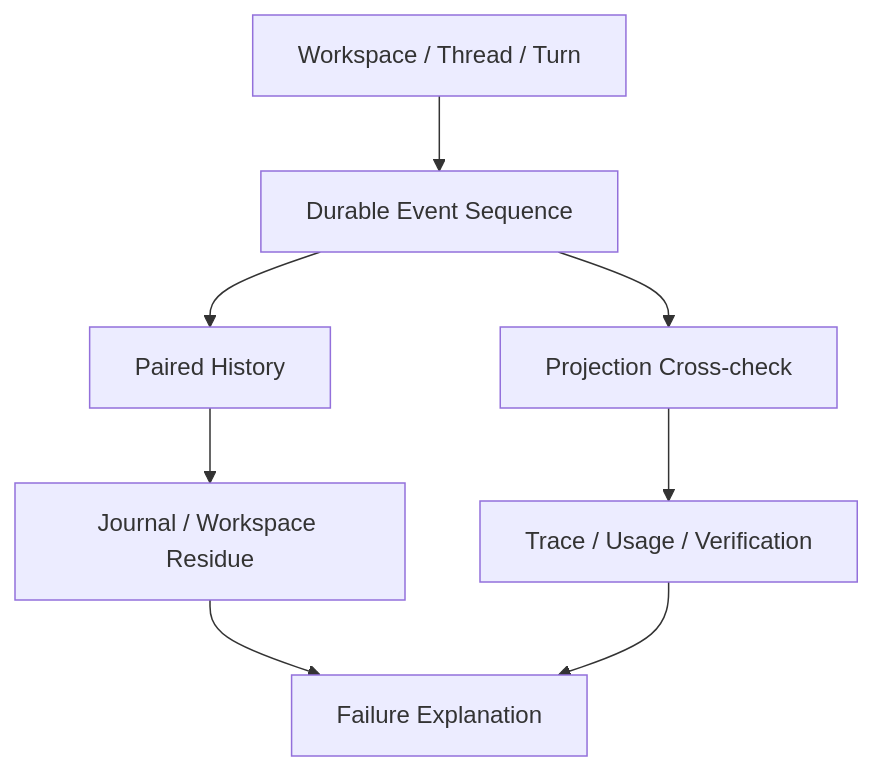
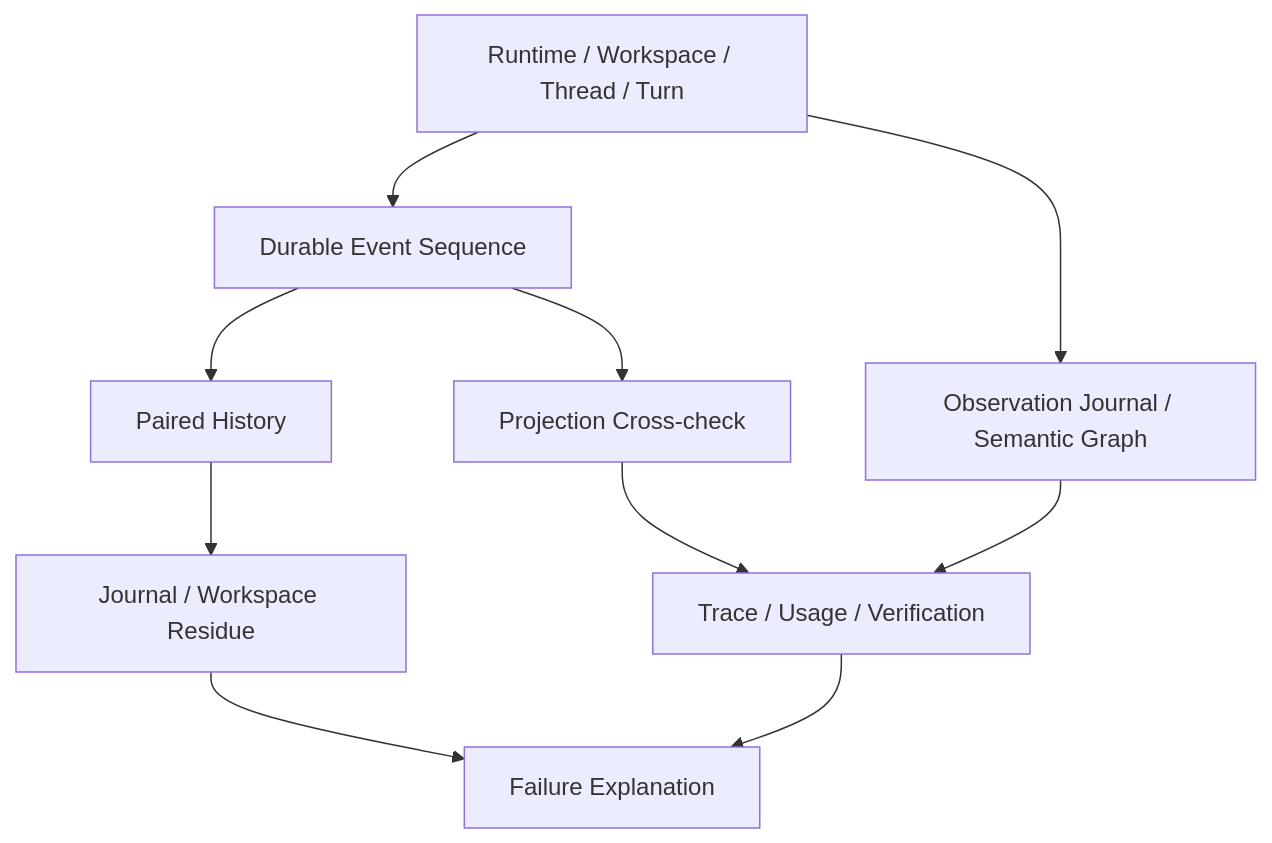
The diagram in docs/book/zh-CN/08-state-observability/06-reconstructing-failures.md (fwtllh-png/CodeHelper), drawn with Mermaid before and after one commit. The commit also changed other lines of this file and 314 other files, not shown here.

````diff
--- a/docs/book/zh-CN/08-state-observability/06-reconstructing-failures.md
+++ b/docs/book/zh-CN/08-state-observability/06-reconstructing-failures.md
@@ -38,10 +44,12 @@
 ```mermaid
 flowchart TD
-    I[Workspace / Thread / Turn] --> E[Durable Event Sequence]
+    I[Runtime / Workspace / Thread / Turn] --> E[Durable Event Sequence]
     E --> H[Paired History]
     E --> P[Projection Cross-check]
     H --> J[Journal / Workspace Residue]
     P --> T[Trace / Usage / Verification]
+    I --> O[Observation Journal / Semantic Graph]
+    O --> T
     J --> R[Failure Explanation]
     T --> R
 ```
````
